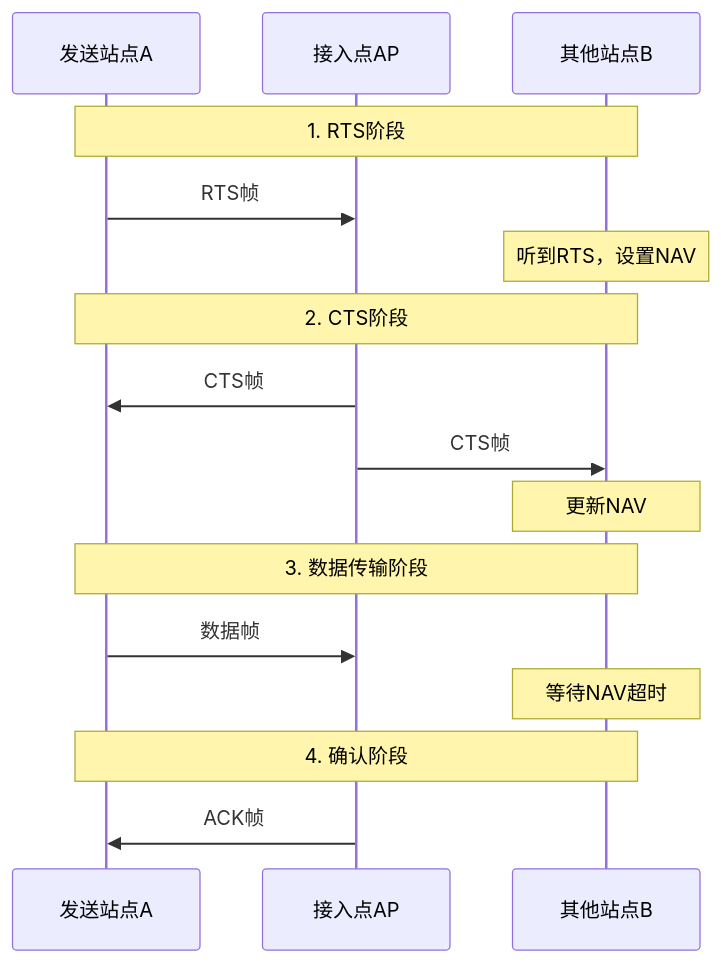
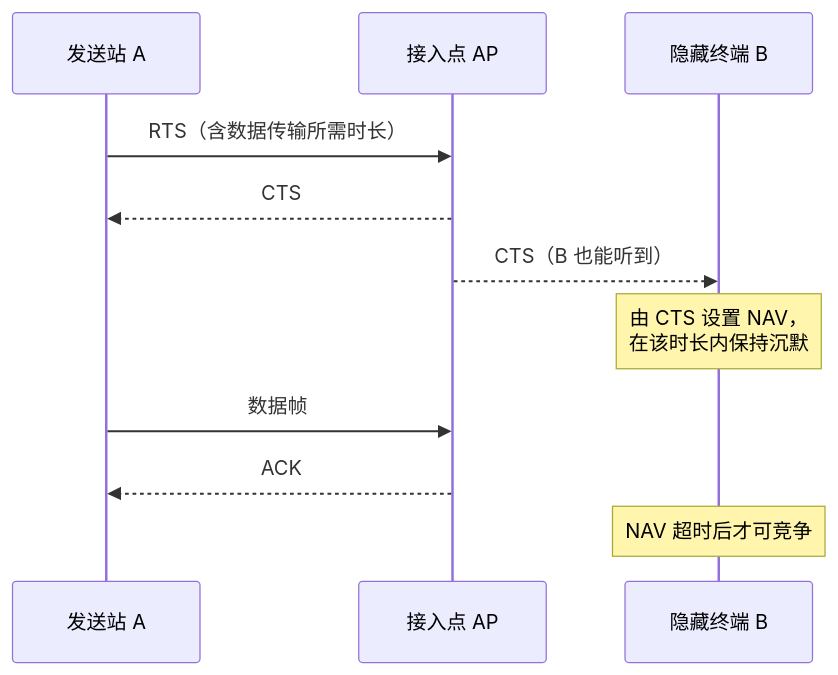
The third of 5 diagrams in 计算机网络/7.3无线网络：WiFi技术.md (Dtheme/CS-base), drawn with Mermaid before and after one commit. The commit also changed other lines of this file and 51 other files, not shown here.

````diff
--- a/计算机网络/7.3无线网络：WiFi技术.md
+++ b/计算机网络/7.3无线网络：WiFi技术.md
@@ -284,22 +143,13 @@
 ```mermaid
 sequenceDiagram
-    participant A as 发送站点A
-    participant AP as 接入点AP
-    participant B as 其他站点B
-    
-    Note over A,B: 1. RTS阶段
-    A->>AP: RTS帧
-    Note over B: 听到RTS，设置NAV
-    
-    Note over A,B: 2. CTS阶段  
-    AP->>A: CTS帧
-    AP->>B: CTS帧
-    Note over B: 更新NAV
-    
-    Note over A,B: 3. 数据传输阶段
+    participant A as 发送站 A
+    participant AP as 接入点 AP
+    participant B as 隐藏终端 B
+    A->>AP: RTS（含数据传输所需时长）
+    AP-->>A: CTS
+    AP-->>B: CTS（B 也能听到）
+    Note over B: 由 CTS 设置 NAV，<br/>在该时长内保持沉默
     A->>AP: 数据帧
-    Note over B: 等待NAV超时
-    
-    Note over A,B: 4. 确认阶段
-    AP->>A: ACK帧
+    AP-->>A: ACK
+    Note over B: NAV 超时后才可竞争
 ```
````
